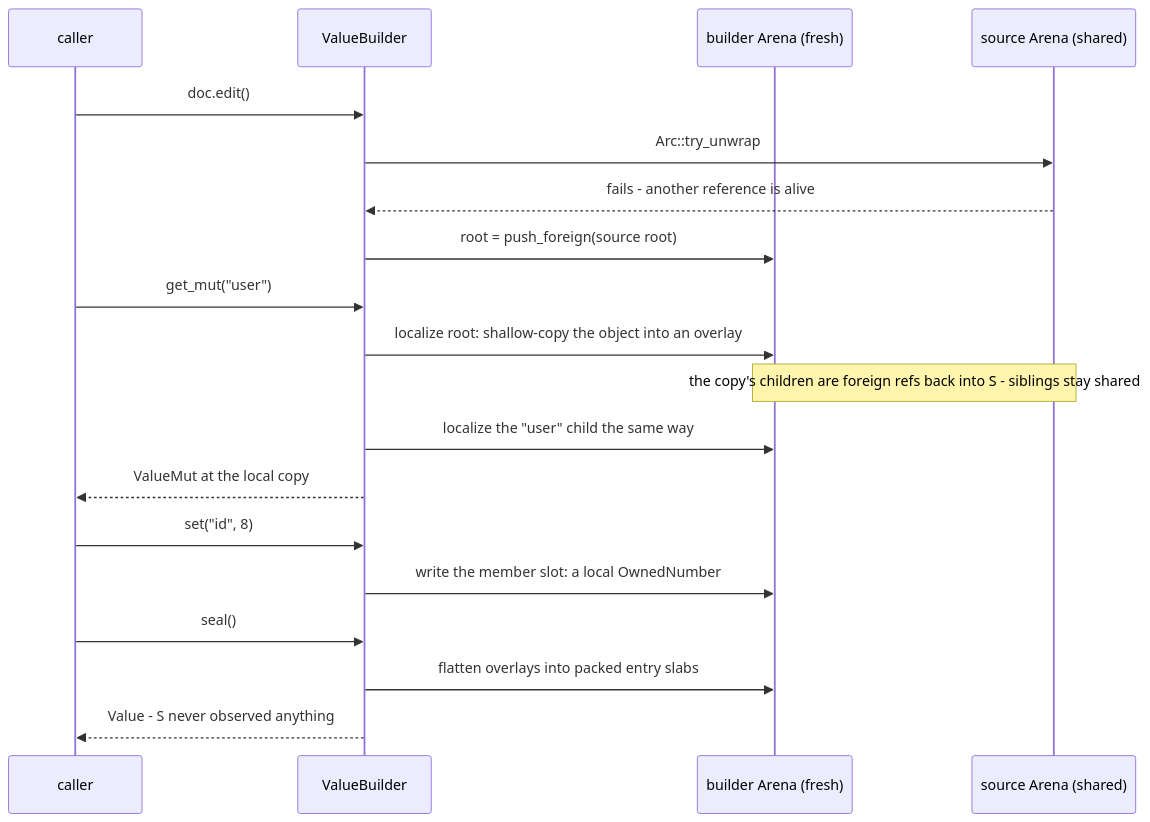
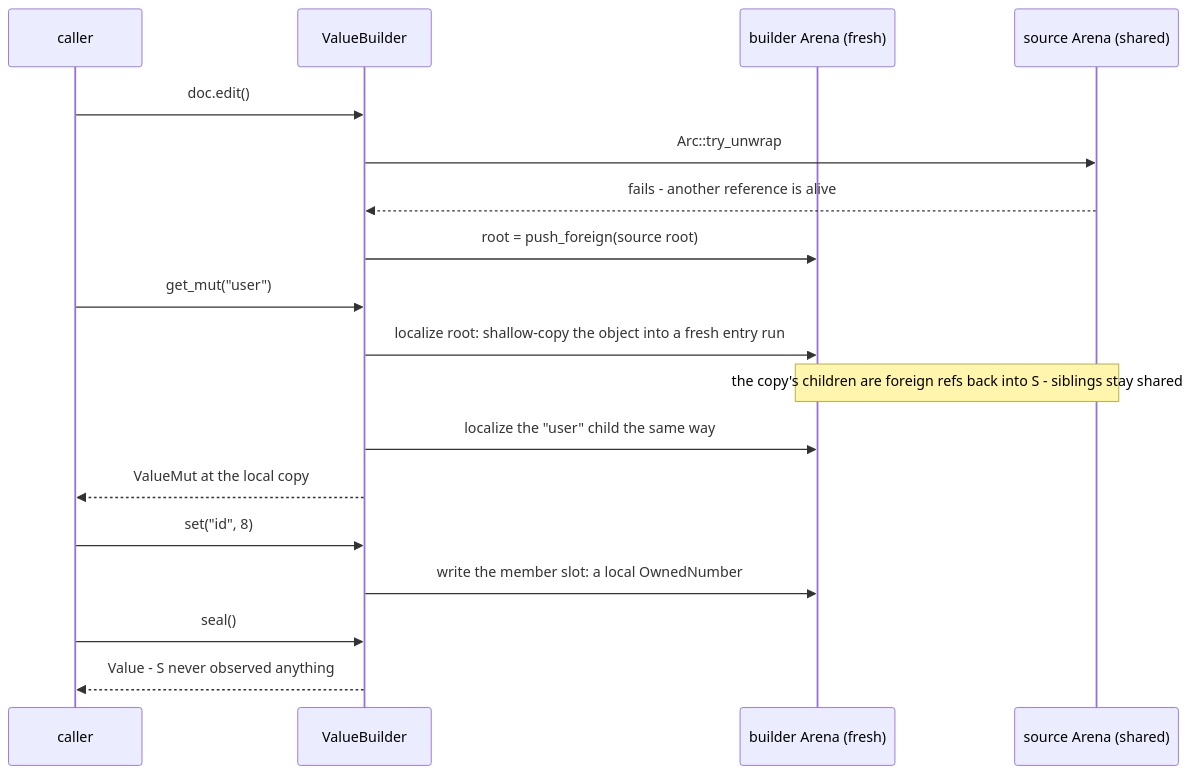
Before and after one commit to apollographql/router: the seventh of 11 diagrams in vendored/apollo-json/DESIGN.md, drawn with Mermaid. The commit also changed other lines of this file and 3 other files, not shown here.

````diff
--- a/vendored/apollo-json/DESIGN.md
+++ b/vendored/apollo-json/DESIGN.md
@@ -288,21 +292,20 @@
 ```mermaid
 sequenceDiagram
     participant U as caller
     participant B as ValueBuilder
     participant N as builder Arena (fresh)
     participant S as source Arena (shared)
     U->>B: doc.edit()
     B->>S: Arc::try_unwrap
     S-->>B: fails - another reference is alive
     B->>N: root = push_foreign(source root)
     U->>B: get_mut("user")
-    B->>N: localize root: shallow-copy the object into an overlay
+    B->>N: localize root: shallow-copy the object into a fresh entry run
     Note over N,S: the copy's children are foreign refs back into S - siblings stay shared
     B->>N: localize the "user" child the same way
     B-->>U: ValueMut at the local copy
     U->>B: set("id", 8)
     B->>N: write the member slot: a local OwnedNumber
     U->>B: seal()
-    B->>N: flatten overlays into packed entry slabs
     B-->>U: Value - S never observed anything
 ```
````
